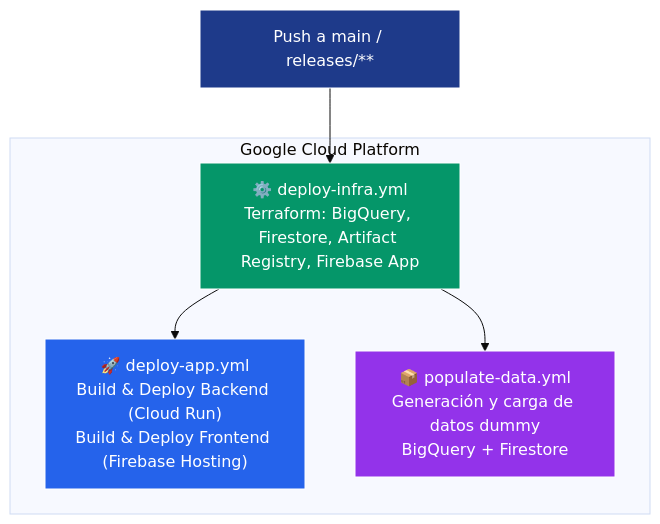
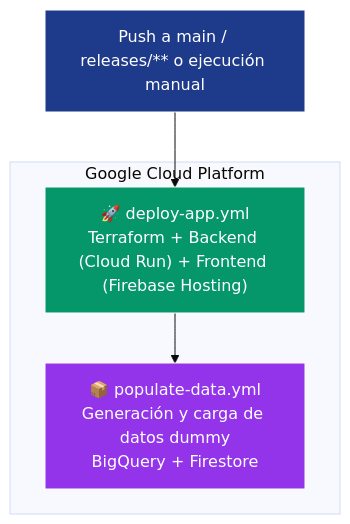
One commit to HubertRonald/HackDayIAMindsInsuranceCarrier changed the first of 2 diagrams in README_Infra.md. Above: the diagram before and after it, drawn with Mermaid (base theme). The commit also changed other lines of this file and 4 other files, not shown here.

Commit message:
docs(portfolio): align historical architecture and evidence

````diff
--- a/README_Infra.md
+++ b/README_Infra.md
@@ -95,17 +99,14 @@
 ```mermaid
 flowchart TD
-    A["Push a main / releases/**"] --> B["⚙️ deploy-infra.yml<br/>Terraform: BigQuery, Firestore, Artifact Registry, Firebase App"]
-    B --> C["🚀 deploy-app.yml<br/>Build & Deploy Backend (Cloud Run)<br/>Build & Deploy Frontend (Firebase Hosting)"]
+    A["Push a main / releases/** o ejecución manual"] --> B["🚀 deploy-app.yml<br/>Terraform + Backend (Cloud Run) + Frontend (Firebase Hosting)"]
     B --> D["📦 populate-data.yml<br/>Generación y carga de datos dummy<br/>BigQuery + Firestore"]
 
     subgraph GCP ["Google Cloud Platform"]
       B
-      C
       D
     end
 
     style A fill:#1e3a8a,stroke:#fff,color:#fff
     style B fill:#059669,stroke:#fff,color:#fff
-    style C fill:#2563eb,stroke:#fff,color:#fff
     style D fill:#9333ea,stroke:#fff,color:#fff
 ```
````
